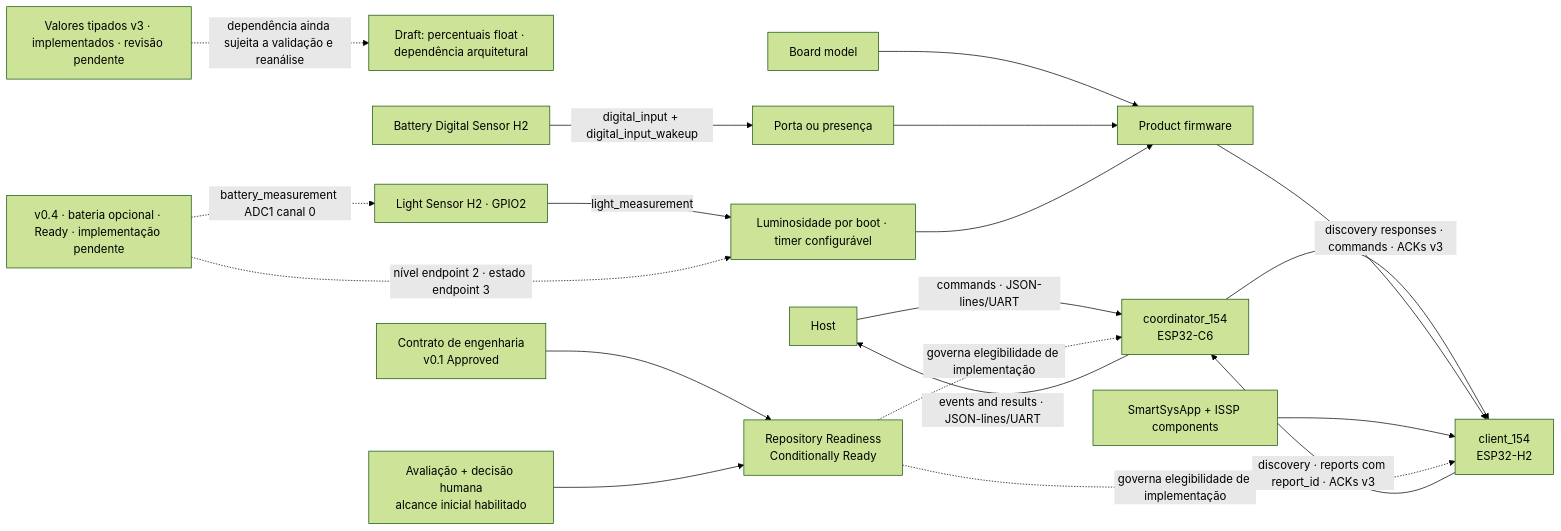
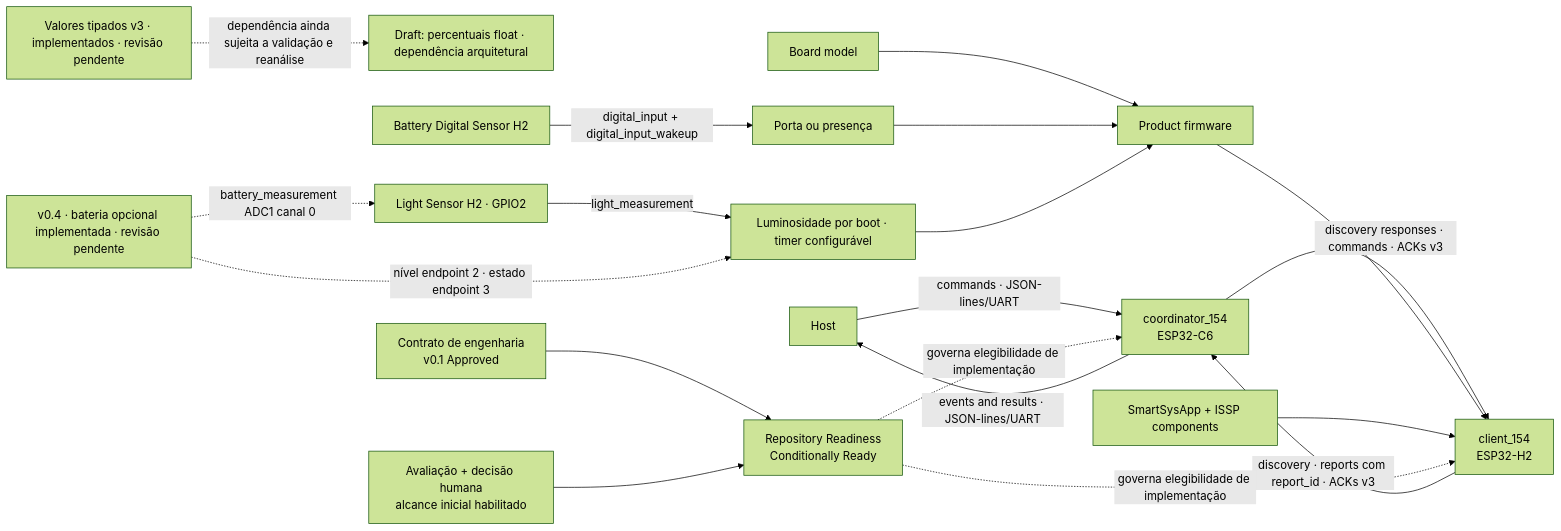
Before and after one commit to iotsmartsys/IoTSmartLink15.4: the diagram in docs/rfc/KNOWLEDGE-MAP.md, drawn with Mermaid (forest theme). The commit also changed other lines of this file and 7 other files, not shown here.

Commit message:
feat(client): add battery measurement to light sensor H2

````diff
--- a/docs/rfc/KNOWLEDGE-MAP.md
+++ b/docs/rfc/KNOWLEDGE-MAP.md
@@ -112,21 +112,21 @@
 ```mermaid
 flowchart LR
     TypedDraft["Valores tipados v3 · implementados · revisão pendente"] -.->|"dependência ainda sujeita a validação e reanálise"| FractionDraft["Draft: percentuais float · dependência arquitetural"]
     Host["Host"] -->|"commands · JSON-lines/UART"| Coordinator["coordinator_154<br/>ESP32-C6"]
     Coordinator -->|"events and results · JSON-lines/UART"| Host
     Coordinator -->|"discovery responses · commands · ACKs v3"| Client["client_154<br/>ESP32-H2"]
     Client -->|"discovery · reports com report_id · ACKs v3"| Coordinator
     Product["Product firmware"] --> Client
     Board["Board model"] --> Product
     DigitalBoard["Battery Digital Sensor H2"] -->|"digital_input + digital_input_wakeup"| BatteryProducts["Porta ou presença"]
     BatteryProducts --> Product
     LightBoard["Light Sensor H2 · GPIO2"] -->|"light_measurement"| LightProduct["Luminosidade por boot · timer configurável"]
-    LightBatterySpec["v0.4 · bateria opcional · Ready · implementação pendente"] -.->|"battery_measurement ADC1 canal 0"| LightBoard
+    LightBatterySpec["v0.4 · bateria opcional implementada · revisão pendente"] -.->|"battery_measurement ADC1 canal 0"| LightBoard
     LightBatterySpec -.->|"nível endpoint 2 · estado endpoint 3"| LightProduct
     LightProduct --> Product
     Shared["SmartSysApp + ISSP components"] --> Client
     Contract["Contrato de engenharia<br/>v0.1 Approved"] --> Qualification["Repository Readiness<br/>Conditionally Ready"]
     Assessment["Avaliação + decisão humana<br/>alcance inicial habilitado"] --> Qualification
     Qualification -.->|"governa elegibilidade de implementação"| Client
     Qualification -.->|"governa elegibilidade de implementação"| Coordinator
 ```
````
